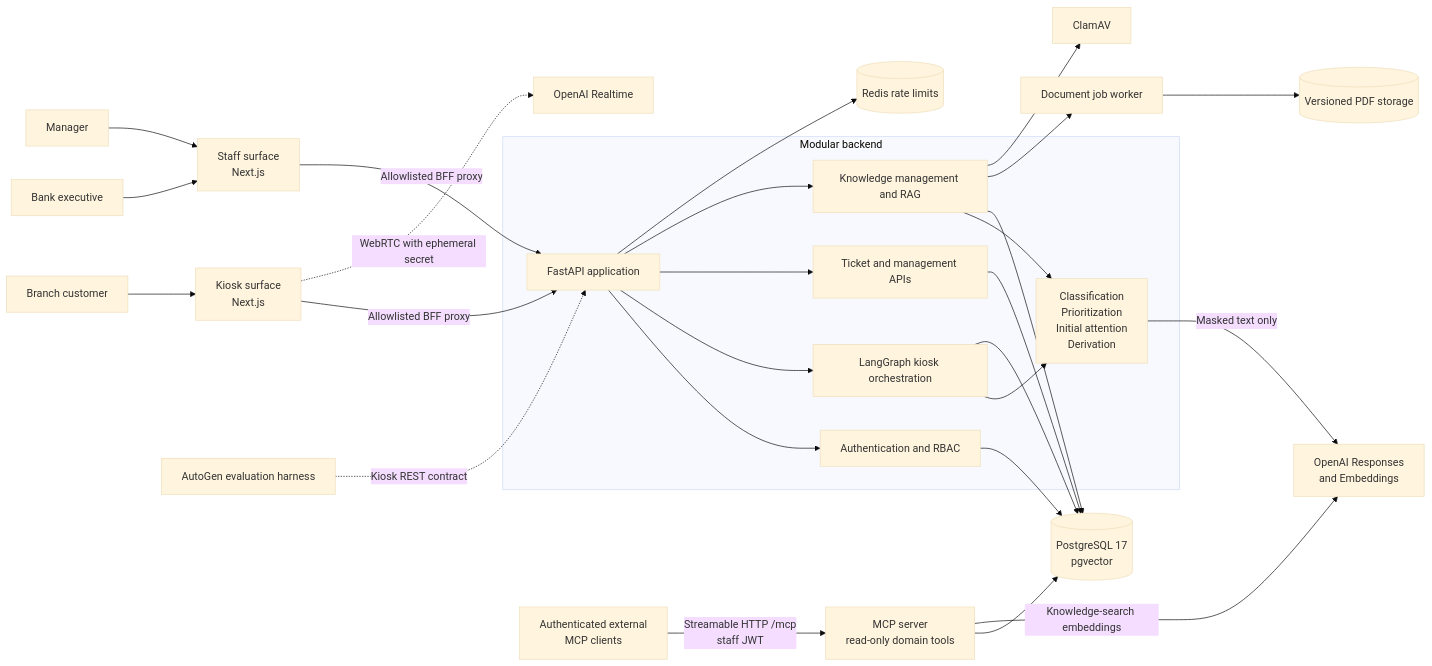
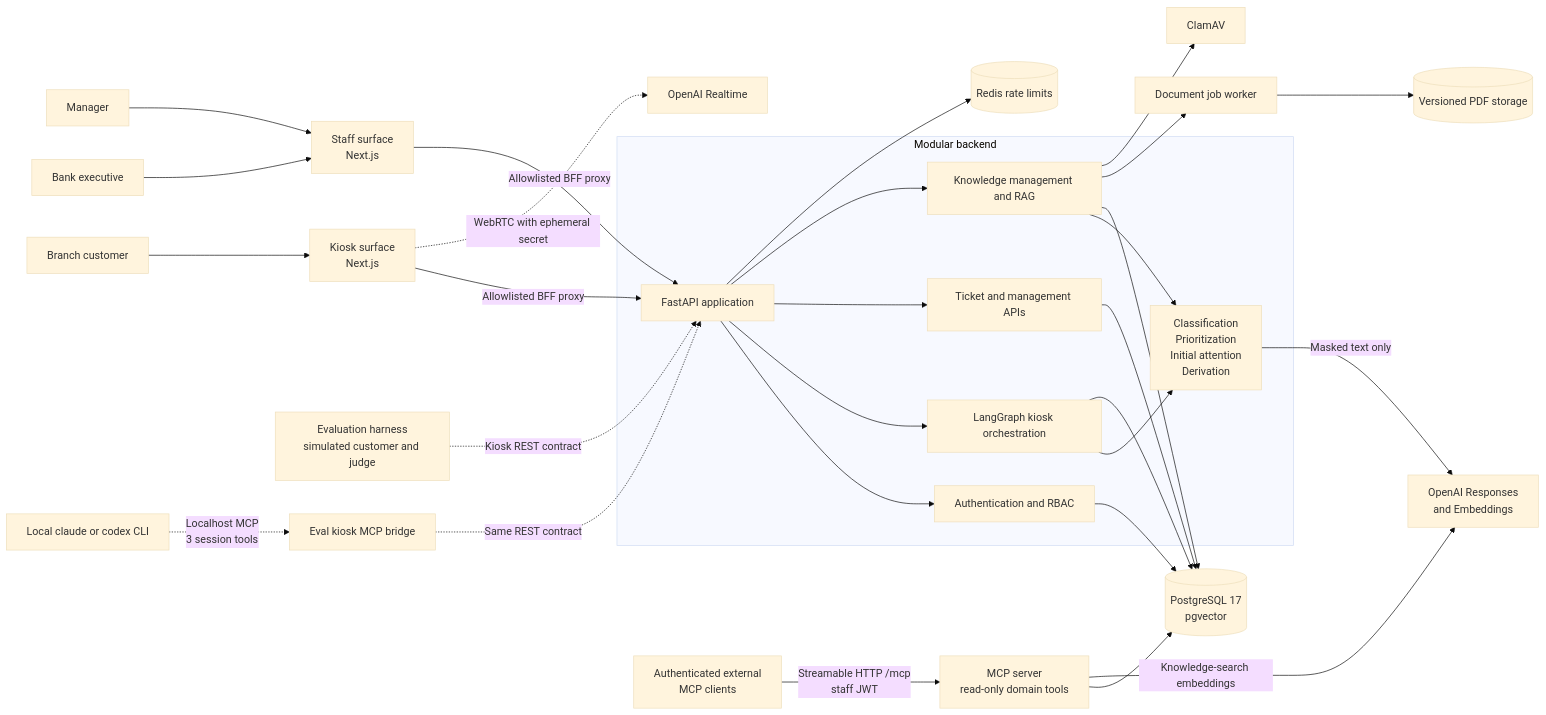
One commit to ChristianMendozaa/banking-orchestration-system changed the first of 10 diagrams in README.md. Above: the diagram before and after it, drawn with Mermaid (base theme). The commit also changed other lines of this file and 5 other files, not shown here.

````diff
--- a/README.md
+++ b/README.md
@@ -56,34 +58,36 @@
 ```mermaid
 flowchart LR
     Customer[Branch customer] --> Kiosk[Kiosk surface<br/>Next.js]
     Executive[Bank executive] --> Staff[Staff surface<br/>Next.js]
     Manager[Manager] --> Staff
-    Eval[AutoGen evaluation harness] -.->|Kiosk REST contract| API
+    Eval[Evaluation harness<br/>simulated customer and judge] -.->|Kiosk REST contract| API
+    CliAgent[Local claude or codex CLI] -.->|Localhost MCP<br/>3 session tools| Bridge[Eval kiosk MCP bridge]
+    Bridge -.->|Same REST contract| API
 
     Kiosk -->|Allowlisted BFF proxy| API[FastAPI application]
     Staff -->|Allowlisted BFF proxy| API
     Kiosk -.->|WebRTC with ephemeral secret| Realtime[OpenAI Realtime]
 
     subgraph Backend[Modular backend]
         API --> Auth[Authentication and RBAC]
         API --> Orchestrator[LangGraph kiosk orchestration]
         API --> Operations[Ticket and management APIs]
         API --> Knowledge[Knowledge management and RAG]
         Orchestrator --> Agents[Classification<br/>Prioritization<br/>Initial attention<br/>Derivation]
         Knowledge --> Agents
     end
 
     Auth --> PostgreSQL[(PostgreSQL 17<br/>pgvector)]
     Orchestrator --> PostgreSQL
     Operations --> PostgreSQL
     Knowledge --> PostgreSQL
     Knowledge --> Queue[Document job worker]
     Queue --> Documents[(Versioned PDF storage)]
     Knowledge --> Scanner[ClamAV]
     API --> Redis[(Redis rate limits)]
     Agents -->|Masked text only| OpenAI[OpenAI Responses<br/>and Embeddings]
 
     MCPClients[Authenticated external<br/>MCP clients] -->|Streamable HTTP /mcp<br/>staff JWT| MCP[MCP server<br/>read-only domain tools]
     MCP --> PostgreSQL
     MCP -->|Knowledge-search embeddings| OpenAI
 ```
````
